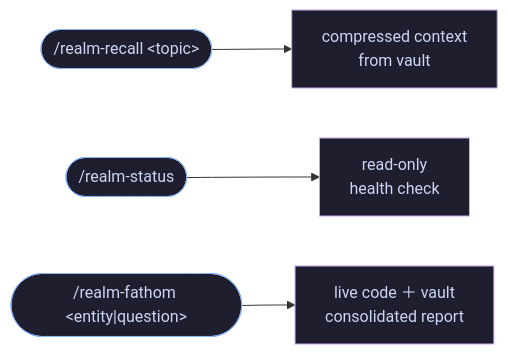
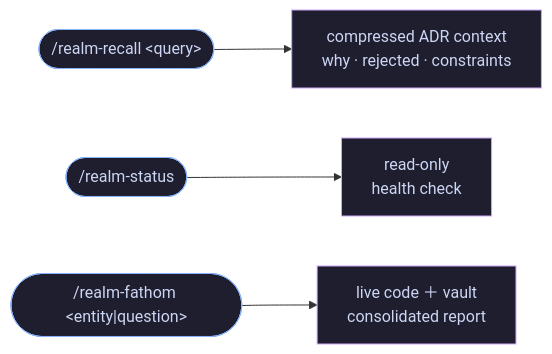
The fifth of 9 diagrams in VISUALS.md (blackmo18/realm), drawn with Mermaid before and after one commit. The commit also changed other lines of this file and 19 other files, not shown here.

First line of the commit message:
refactor(realm)!: pivot to ADR-only pipeline; remove scan infrastructure

````diff
--- a/VISUALS.md
+++ b/VISUALS.md
@@ -148,9 +127,9 @@
 ```mermaid
 flowchart LR
-    Q1(["/realm-recall &lt;topic&gt;"]):::cmd  --> R["compressed context\nfrom vault"]:::out
+    Q1(["/realm-recall &lt;query&gt;"]):::cmd  --> R["compressed ADR context\nwhy · rejected · constraints"]:::out
     Q2(["/realm-status"]):::cmd             --> S["read-only\nhealth check"]:::out
     Q3(["/realm-fathom &lt;entity|question&gt;"]):::cmd --> F["live code ＋ vault\nconsolidated report"]:::out
 
     classDef cmd fill:#1e1e2e,stroke:#89b4fa,color:#cdd6f4
     classDef out fill:#1e1e2e,stroke:#cba6f7,color:#cdd6f4
 ```
````
